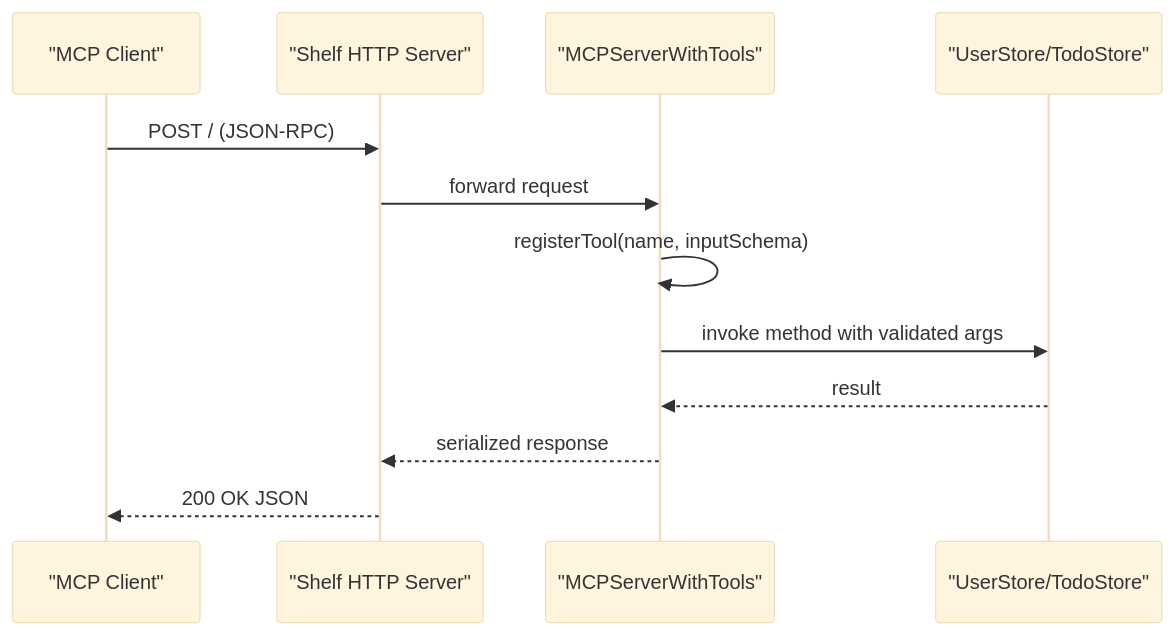
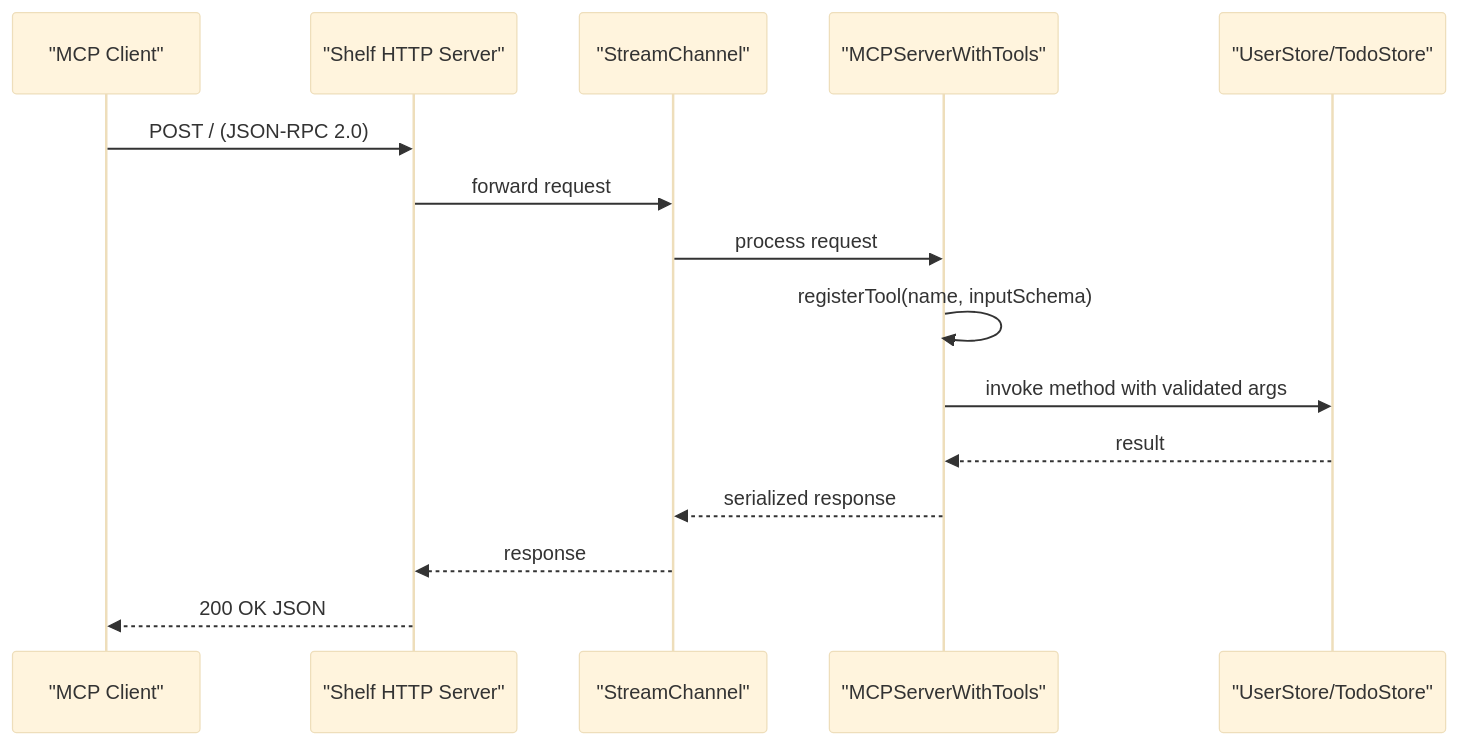
One commit to cdavis-code/easy_mcp_workspace changed the sixth of 8 diagrams in .qoder/repowiki/en/content/Example Implementation/Example Implementation.md. Above: the diagram before and after it, drawn with Mermaid (base theme). The commit also changed other lines of this file and 14 other files, not shown here.

````diff
--- a/.qoder/repowiki/en/content/Example Implementation/Example Implementation.md
+++ b/.qoder/repowiki/en/content/Example Implementation/Example Implementation.md
@@ -277,14 +297,17 @@
 ```mermaid
 sequenceDiagram
 participant Client as "MCP Client"
 participant HTTP as "Shelf HTTP Server"
+participant Channel as "StreamChannel"
 participant Gen as "MCPServerWithTools"
 participant Store as "UserStore/TodoStore"
-Client->>HTTP : POST / (JSON-RPC)
-HTTP->>Gen : forward request
+Client->>HTTP : POST / (JSON-RPC 2.0)
+HTTP->>Channel : forward request
+Channel->>Gen : process request
 Gen->>Gen : registerTool(name, inputSchema)
 Gen->>Store : invoke method with validated args
 Store-->>Gen : result
-Gen-->>HTTP : serialized response
+Gen-->>Channel : serialized response
+Channel-->>HTTP : response
 HTTP-->>Client : 200 OK JSON
 ```
````
